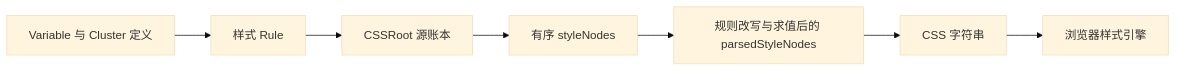
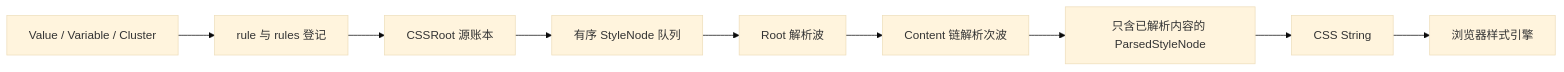
One commit to edsolater/uikit changed the diagram in src/style-system/architecture.md. Above: the diagram before and after it, drawn with Mermaid (base theme). The commit also changed other lines of this file and 48 other files, not shown here.

````diff
--- a/src/style-system/architecture.md
+++ b/src/style-system/architecture.md
@@ -37,9 +7,11 @@
 ```mermaid
 flowchart LR
-  Definition[Variable 与 Cluster 定义] --> Rule[样式 Rule]
-  Rule --> Root[CSSRoot 源账本]
-  Root --> Nodes[有序 styleNodes]
-  Nodes --> Parsed[规则改写与求值后的 parsedStyleNodes]
-  Parsed --> CSS[CSS 字符串]
+  Definitions[Value / Variable / Cluster] --> Rules[rule 与 rules 登记]
+  Rules --> Root[CSSRoot 源账本]
+  Root --> Queue[有序 StyleNode 队列]
+  Queue --> RootWave[Root 解析波]
+  RootWave --> ContentWave[Content 链解析次波]
+  ContentWave --> Parsed[只含已解析内容的 ParsedStyleNode]
+  Parsed --> CSS[CSS String]
   CSS --> Browser[浏览器样式引擎]
 ```
````
